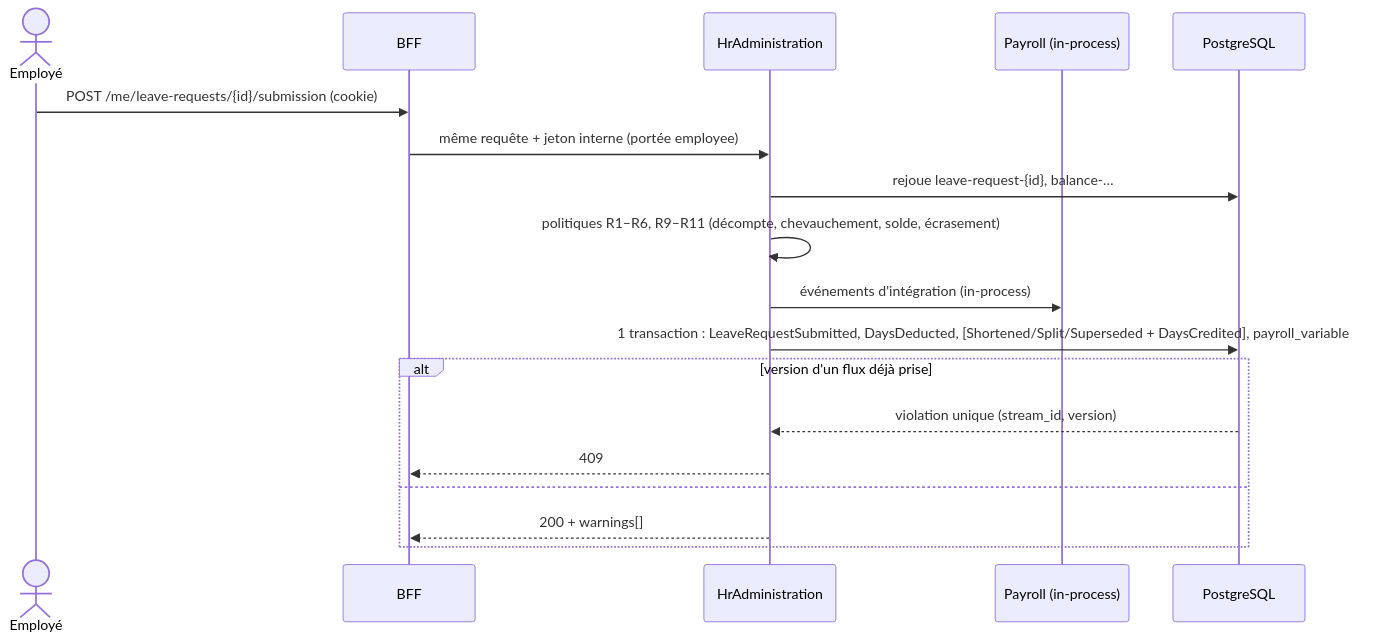
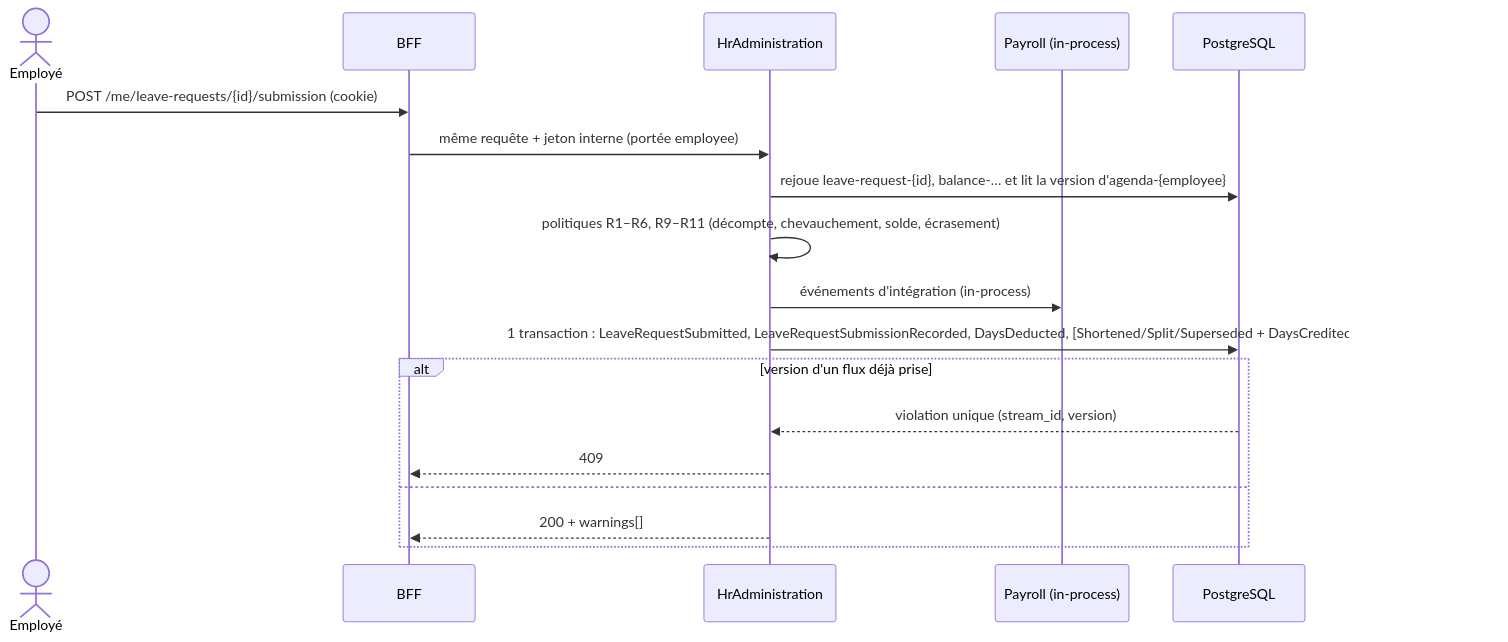
The second of 4 diagrams in docs/ARCHITECTURE.md (rittersebastien67-cmd/test-technique-tf1), drawn with Mermaid before and after one commit. The commit also changed other lines of this file and 11 other files, not shown here.

````diff
--- a/docs/ARCHITECTURE.md
+++ b/docs/ARCHITECTURE.md
@@ -185,20 +187,20 @@
 ```mermaid
 sequenceDiagram
     actor E as Employé
     participant BFF
     participant HR as HrAdministration
     participant PAY as Payroll (in-process)
     participant DB as PostgreSQL
     E->>BFF: POST /me/leave-requests/{id}/submission (cookie)
     BFF->>HR: même requête + jeton interne (portée employee)
-    HR->>DB: rejoue leave-request-{id}, balance-…
+    HR->>DB: rejoue leave-request-{id}, balance-… et lit la version d'agenda-{employee}
     HR->>HR: politiques R1–R6, R9–R11 (décompte, chevauchement, solde, écrasement)
     HR->>PAY: événements d'intégration (in-process)
-    HR->>DB: 1 transaction : LeaveRequestSubmitted, DaysDeducted, [Shortened/Split/Superseded + DaysCredited], payroll_variable_items
+    HR->>DB: 1 transaction : LeaveRequestSubmitted, LeaveRequestSubmissionRecorded, DaysDeducted, [Shortened/Split/Superseded + DaysCredited], payroll_variable_items
     alt version d'un flux déjà prise
         DB-->>HR: violation unique (stream_id, version)
         HR-->>BFF: 409
     else
         HR-->>BFF: 200 + warnings[]
     end
 ```
````
